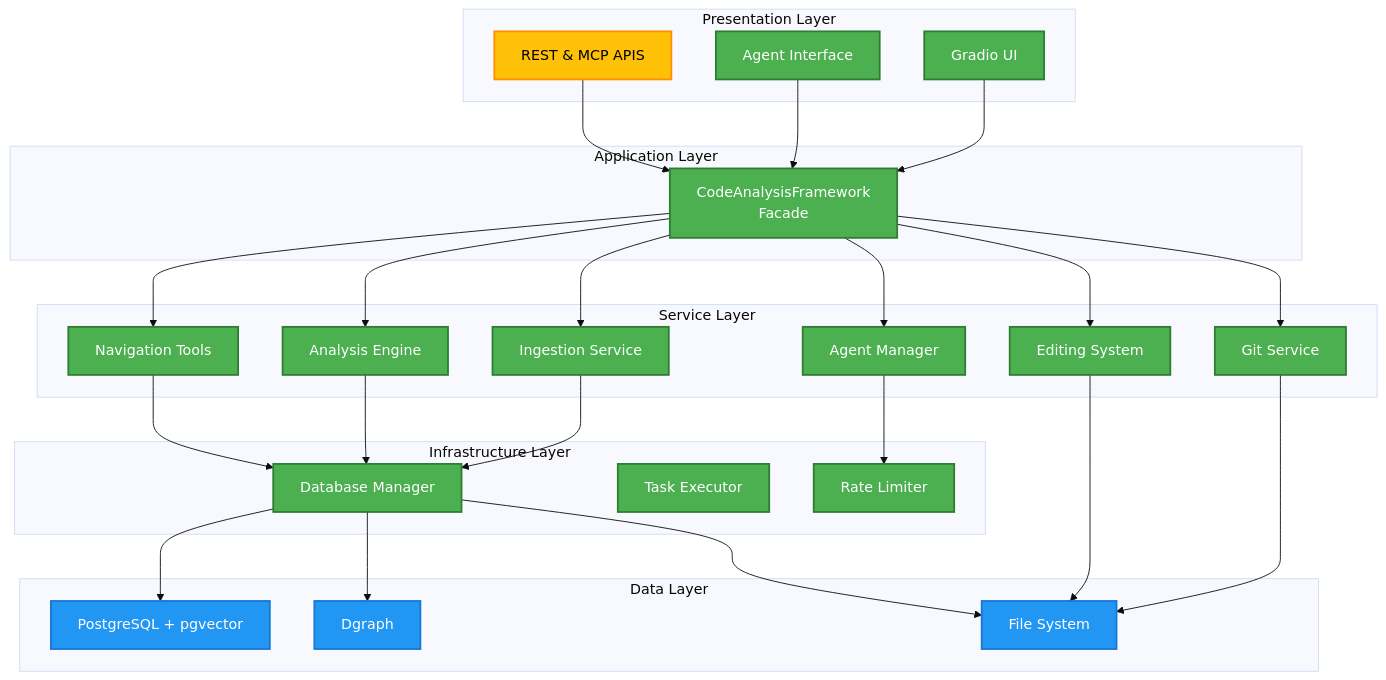
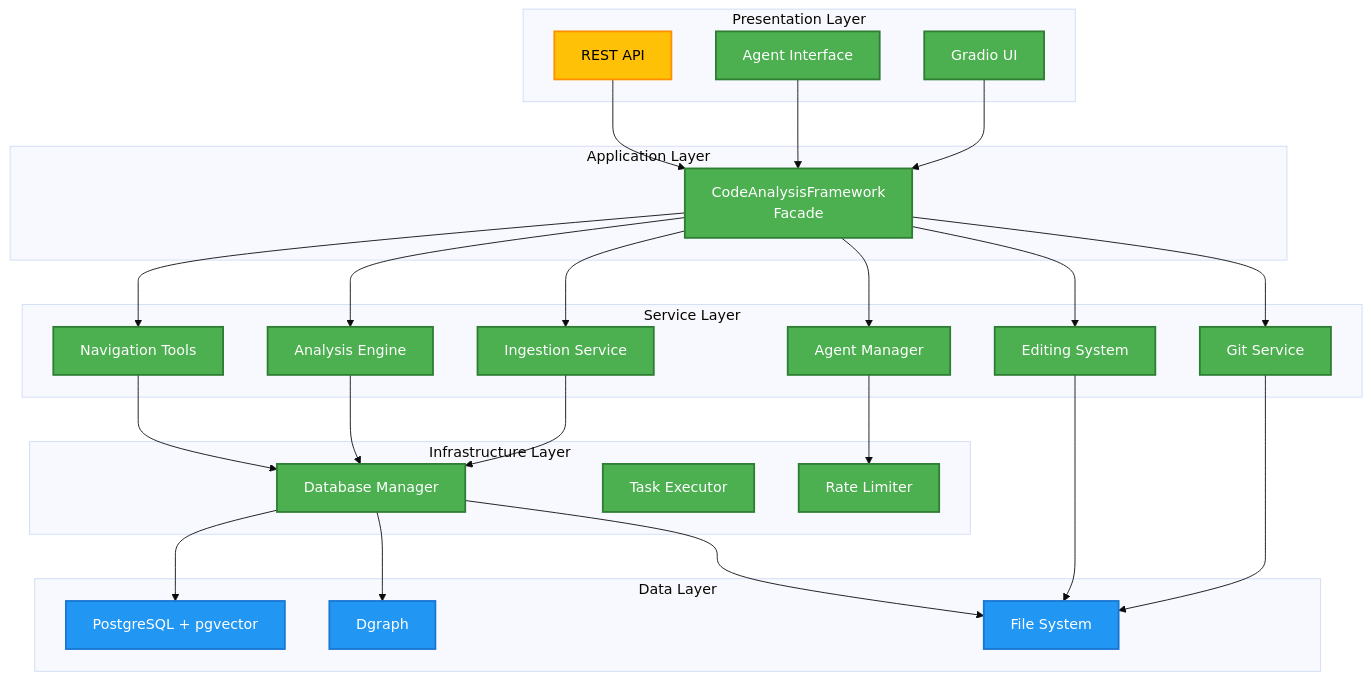
Before and after one commit to Independent-AI-Labs/AMI-SDA: the first of 15 diagrams in ARCHITECTURE.md, drawn with Mermaid (base theme). The commit also changed other lines of this file and 1 other file, not shown here.

````diff
--- a/ARCHITECTURE.md
+++ b/ARCHITECTURE.md
@@ -49,69 +68,69 @@
 ```mermaid
 graph TB
     subgraph "Presentation Layer"
         A[Gradio UI] 
         B[Agent Interface]
-        C[REST & MCP APIS]
+        C[REST API]
     end
     
     subgraph "Application Layer"
         D[CodeAnalysisFramework<br/>Facade]
     end
     
     subgraph "Service Layer"
         E[Ingestion Service]
         F[Analysis Engine]
         G[Navigation Tools]
         H[Git Service]
         I[Editing System]
         J[Agent Manager]
     end
     
     subgraph "Infrastructure Layer"
         K[Database Manager]
         L[Task Executor]
         M[Rate Limiter]
     end
     
     subgraph "Data Layer"
         N[PostgreSQL + pgvector]
         O[Dgraph]
         P[File System]
     end
     
     A --> D
     B --> D
     C --> D
     D --> E
     D --> F
     D --> G
     D --> H
     D --> I
     D --> J
     E --> K
     F --> K
     G --> K
     H --> P
     I --> P
     J --> M
     K --> N
     K --> O
     K --> P
     
     style A fill:#4CAF50,stroke:#2E7D32,stroke-width:2px,color:#fff
     style B fill:#4CAF50,stroke:#2E7D32,stroke-width:2px,color:#fff
     style C fill:#FFC107,stroke:#FF8F00,stroke-width:2px,color:#000
     style D fill:#4CAF50,stroke:#2E7D32,stroke-width:2px,color:#fff
     style E fill:#4CAF50,stroke:#2E7D32,stroke-width:2px,color:#fff
     style F fill:#4CAF50,stroke:#2E7D32,stroke-width:2px,color:#fff
     style G fill:#4CAF50,stroke:#2E7D32,stroke-width:2px,color:#fff
     style H fill:#4CAF50,stroke:#2E7D32,stroke-width:2px,color:#fff
     style I fill:#4CAF50,stroke:#2E7D32,stroke-width:2px,color:#fff
     style J fill:#4CAF50,stroke:#2E7D32,stroke-width:2px,color:#fff
     style K fill:#4CAF50,stroke:#2E7D32,stroke-width:2px,color:#fff
     style L fill:#4CAF50,stroke:#2E7D32,stroke-width:2px,color:#fff
     style M fill:#4CAF50,stroke:#2E7D32,stroke-width:2px,color:#fff
     style N fill:#2196F3,stroke:#1976D2,stroke-width:2px,color:#fff
     style O fill:#2196F3,stroke:#1976D2,stroke-width:2px,color:#fff
     style P fill:#2196F3,stroke:#1976D2,stroke-width:2px,color:#fff
 ```
````
